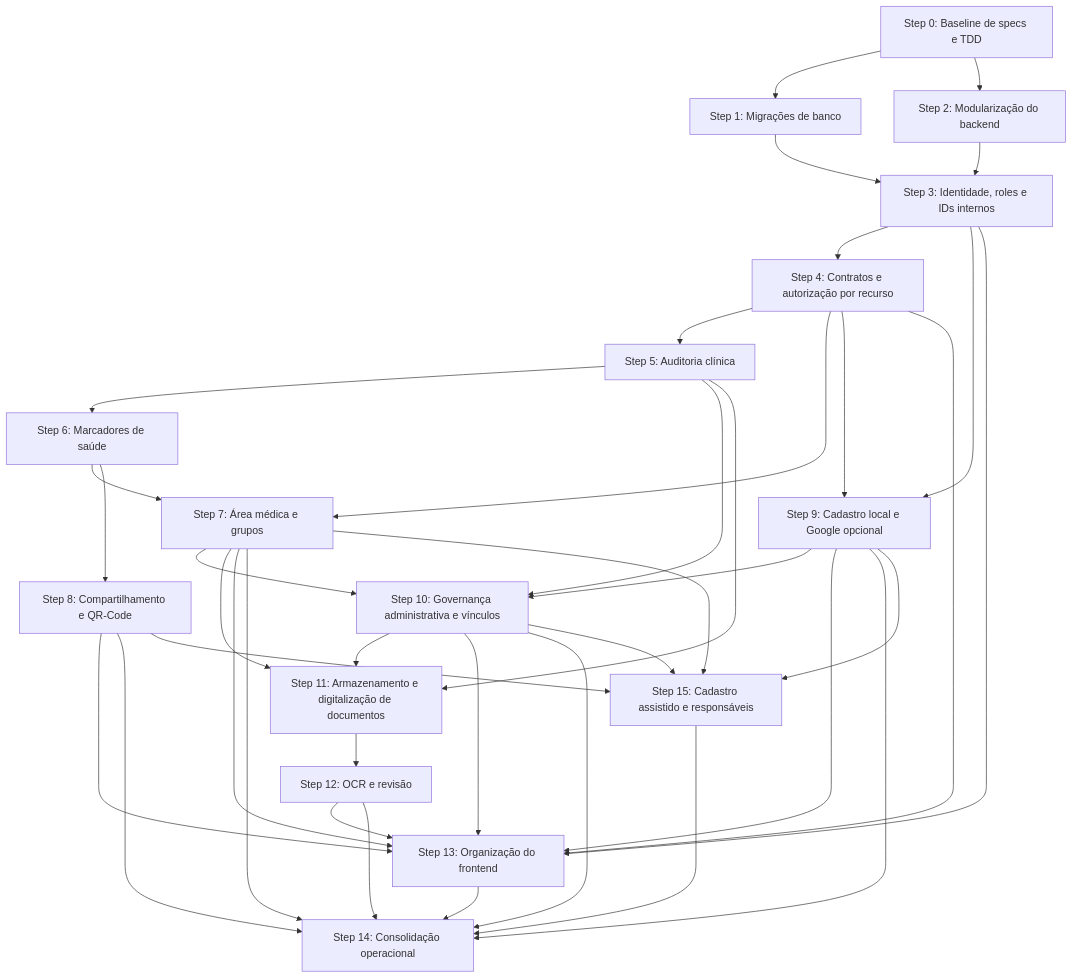
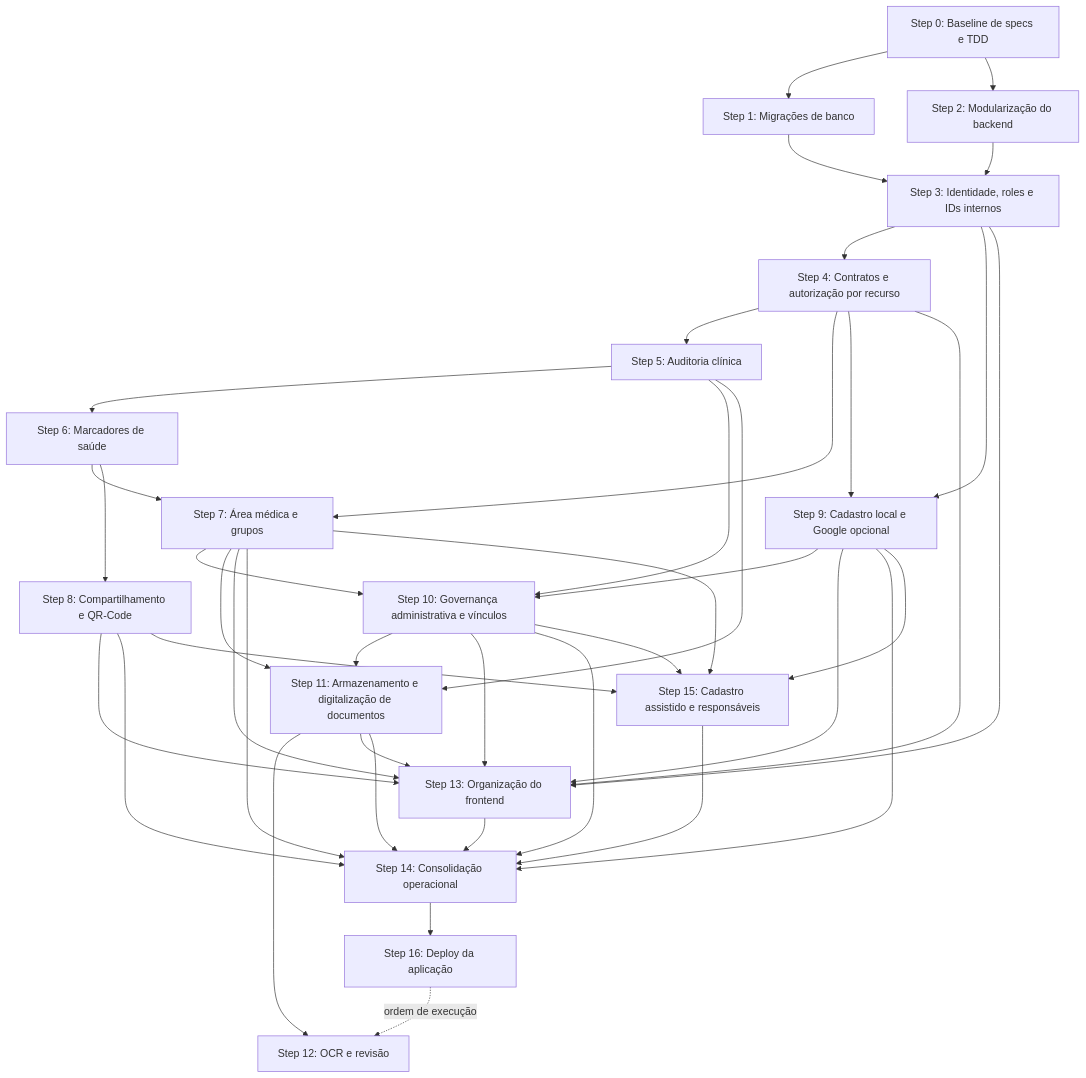
One commit to PedronSol/Documento-Unificado-De-Saude changed the diagram in docs/architecture-evolution-plan.md. Above: the diagram before and after it, drawn with Mermaid. The commit also changed other lines of this file and 2 other files, not shown here.

First line of the commit message:
docs(spec): approve step 13 frontend organization and add deploy step

````diff
--- a/docs/architecture-evolution-plan.md
+++ b/docs/architecture-evolution-plan.md
@@ -132,57 +132,60 @@
 ```mermaid
 flowchart TD
     S0[Step 0: Baseline de specs e TDD]
     S1[Step 1: Migrações de banco]
     S2[Step 2: Modularização do backend]
     S3[Step 3: Identidade, roles e IDs internos]
     S4[Step 4: Contratos e autorização por recurso]
     S5[Step 5: Auditoria clínica]
     S6[Step 6: Marcadores de saúde]
     S7[Step 7: Área médica e grupos]
     S8[Step 8: Compartilhamento e QR-Code]
     S9[Step 9: Cadastro local e Google opcional]
     S10[Step 10: Governança administrativa e vínculos]
     S11[Step 11: Armazenamento e digitalização de documentos]
     S12[Step 12: OCR e revisão]
     S13[Step 13: Organização do frontend]
     S14[Step 14: Consolidação operacional]
     S15[Step 15: Cadastro assistido e responsáveis]
+    S16[Step 16: Deploy da aplicação]
 
     S0 --> S1
     S0 --> S2
     S1 --> S3
     S2 --> S3
     S3 --> S4
     S4 --> S5
     S5 --> S6
     S6 --> S7
     S6 --> S8
     S4 --> S7
     S3 --> S9
     S4 --> S9
     S5 --> S10
     S7 --> S10
     S9 --> S10
     S5 --> S11
     S7 --> S11
     S10 --> S11
     S11 --> S12
     S3 --> S13
     S4 --> S13
     S7 --> S13
     S8 --> S13
     S9 --> S13
     S10 --> S13
-    S12 --> S13
+    S11 --> S13
     S7 --> S14
     S8 --> S14
     S9 --> S14
     S10 --> S14
-    S12 --> S14
+    S11 --> S14
     S13 --> S14
     S7 --> S15
     S9 --> S15
     S10 --> S15
     S8 --> S15
     S15 --> S14
+    S14 --> S16
+    S16 -.->|ordem de execução| S12
 ```
````
